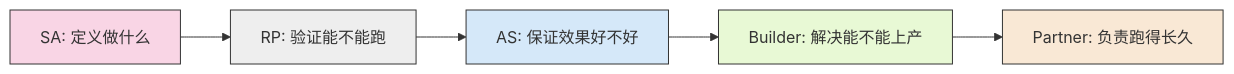
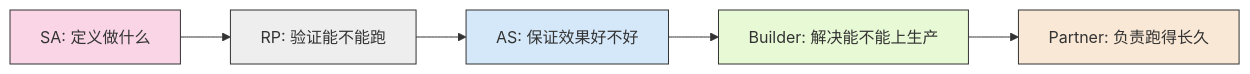
The second of 4 diagrams in AWS_GenAI_团队协作流程图.md (awsxuhi/genai-industry-usecases), drawn with Mermaid before and after one commit. The commit also changed 3 other files, not shown here.

````diff
--- a/AWS_GenAI_团队协作流程图.md
+++ b/AWS_GenAI_团队协作流程图.md
@@ -35,21 +35,21 @@
 ```mermaid
 graph LR
     %% 定义节点样式
     classDef sa fill:#f9d5e5,stroke:#333,stroke-width:1px
     classDef rp fill:#eeeeee,stroke:#333,stroke-width:1px
     classDef as fill:#d5e8f9,stroke:#333,stroke-width:1px
     classDef builder fill:#e8f9d5,stroke:#333,stroke-width:1px
     classDef partner fill:#f9e8d5,stroke:#333,stroke-width:1px
 
     SA["SA: 定义做什么"] --> RP["RP: 验证能不能跑"]
     RP --> AS["AS: 保证效果好不好"]
-    AS --> Builder["Builder: 解决能不能上产"]
+    AS --> Builder["Builder: 解决能不能上生产"]
     Builder --> Partner["Partner: 负责跑得长久"]
 
     %% 应用样式
     class SA sa
     class RP rp
     class AS as
     class Builder builder
     class Partner partner
 ```
````
